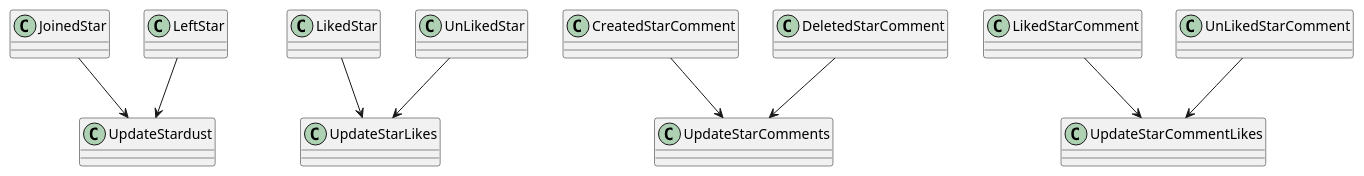
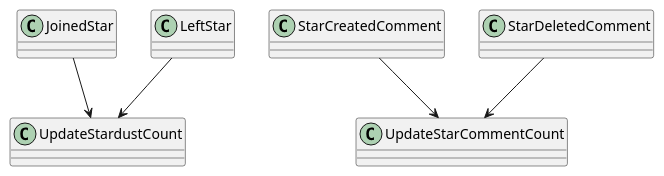
Before and after one commit to LDmoxeii/only4-KSP-cap4j: the diagram in design/domain/star/relationEC.puml, drawn with PlantUML. The commit also changed 59 other files, not shown here.

```diff
--- a/design/domain/star/relationEC.puml
+++ b/design/domain/star/relationEC.puml
@@ -1,10 +1,6 @@
 @startuml
-JoinedStar                  -down-> UpdateStardust
-LeftStar                    -down-> UpdateStardust
-LikedStar                   -down-> UpdateStarLikes
-UnLikedStar                 -down-> UpdateStarLikes
-CreatedStarComment          -down-> UpdateStarComments
-DeletedStarComment          -down-> UpdateStarComments
-LikedStarComment            -down-> UpdateStarCommentLikes
-UnLikedStarComment          -down-> UpdateStarCommentLikes
+JoinedStar                  -down-> UpdateStardustCount
+LeftStar                    -down-> UpdateStardustCount
+StarCreatedComment          -down-> UpdateStarCommentCount
+StarDeletedComment          -down-> UpdateStarCommentCount
 @enduml
```
